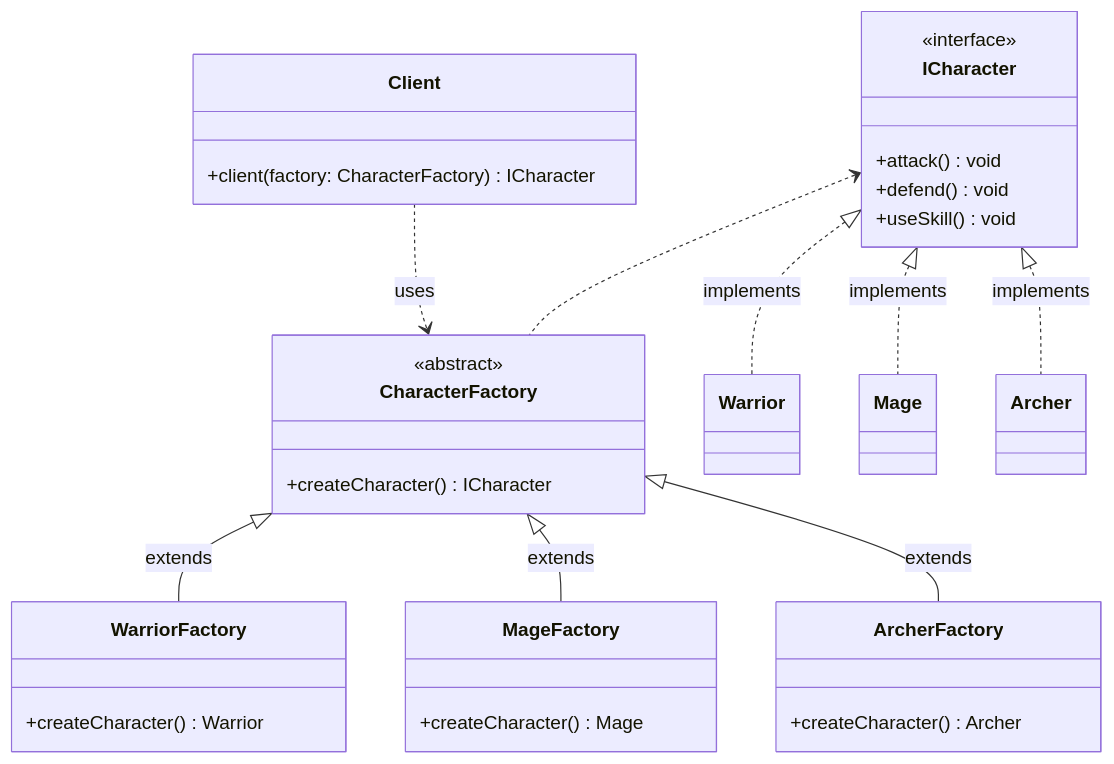
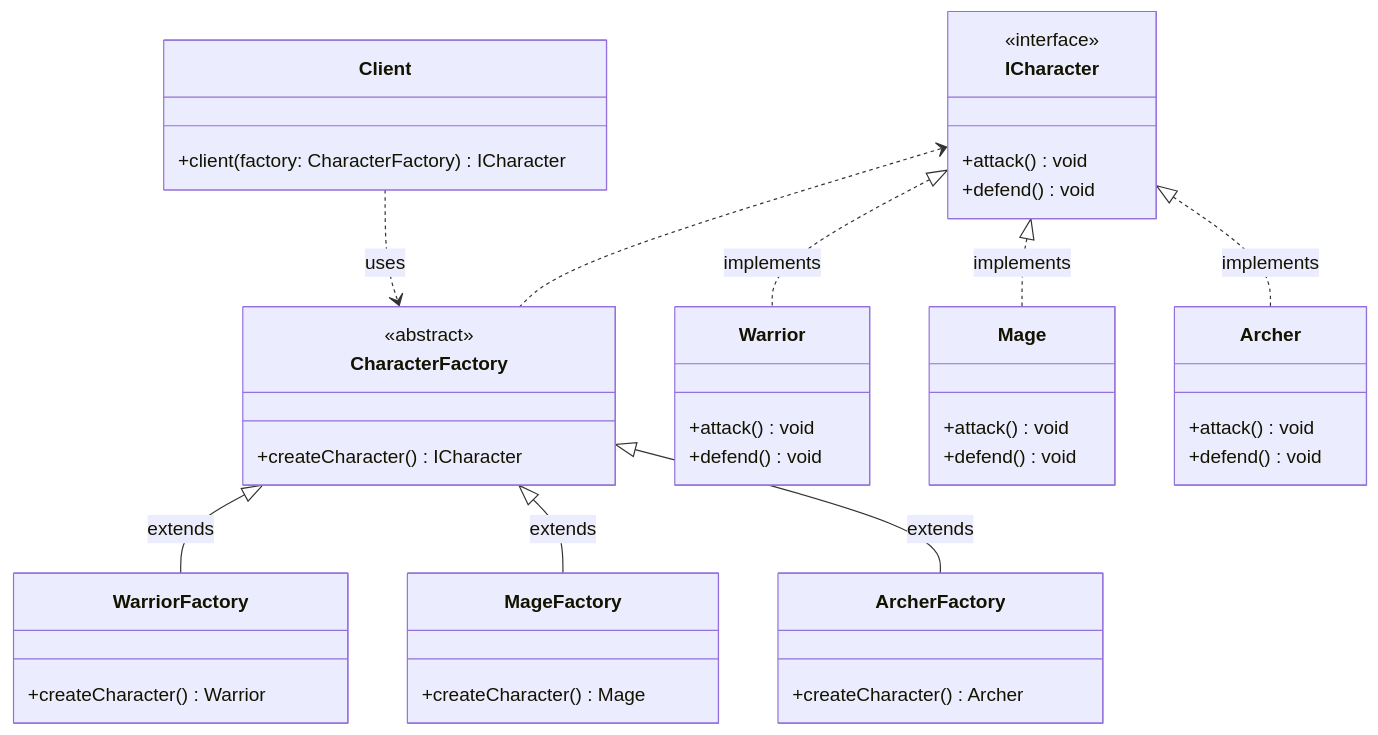
One commit to TaiChi112/Documents changed the diagram in Design_Pattern/docs/creational/design/factory_method.md. Above: the diagram before and after it, drawn with Mermaid. The commit also changed 1 other file, not shown here.

Commit message:
docs: change lazy exaplain

````diff
--- a/Design_Pattern/docs/creational/design/factory_method.md
+++ b/Design_Pattern/docs/creational/design/factory_method.md
@@ -2,39 +2,44 @@
 ```mermaid
 classDiagram
     class Client{
         +client(factory: CharacterFactory) ICharacter
     }
     Client ..> CharacterFactory:uses
     class ICharacter {
         <<interface>>
         +attack() void
         +defend() void
-        +useSkill() void
     }
     class Warrior {
+        +attack() void
+        +defend() void
     }
     class Mage {
+        +attack() void
+        +defend() void
     }
     class Archer {
+        +attack() void
+        +defend() void
     }
     class CharacterFactory {
         <<abstract>>
         +createCharacter() ICharacter
     }
     class WarriorFactory {
         +createCharacter() Warrior
     }
     class MageFactory {
         +createCharacter() Mage
     }
     class ArcherFactory {
         +createCharacter() Archer
     }
+    ICharacter <.. CharacterFactory
     ICharacter <|.. Warrior:implements
     ICharacter <|.. Mage:implements
     ICharacter <|.. Archer:implements
     CharacterFactory <|-- WarriorFactory:extends
     CharacterFactory <|-- MageFactory:extends
     CharacterFactory <|-- ArcherFactory:extends
-    ICharacter <.. CharacterFactory
 ```
````
